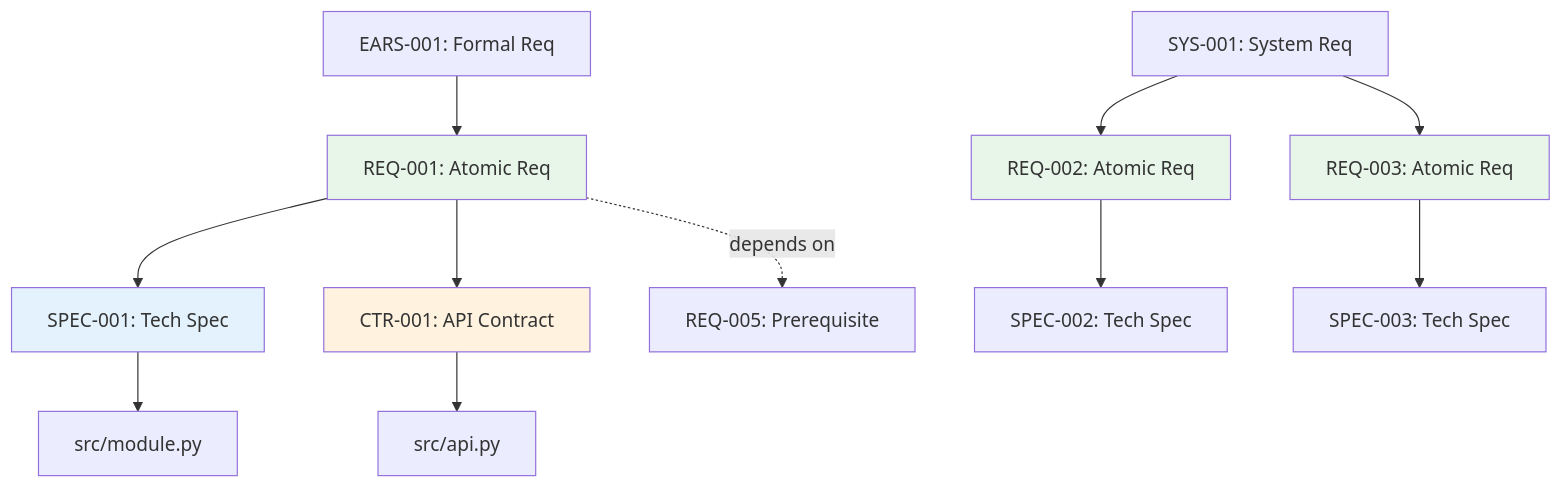
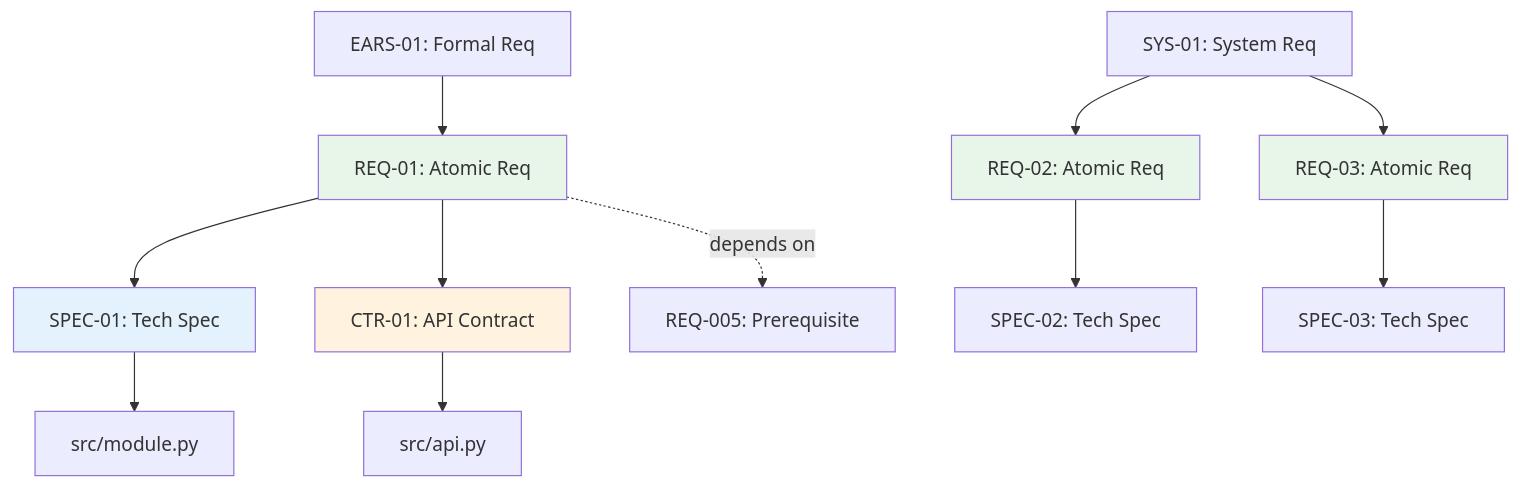
Before and after one commit to vladm3105/aidoc-flow-framework: the diagram in ai_dev_flow/REQ/REQ-000_TRACEABILITY_MATRIX-TEMPLATE.md, drawn with Mermaid. The commit also changed other lines of this file and 215 other files, not shown here.

````diff
--- a/ai_dev_flow/REQ/REQ-000_TRACEABILITY_MATRIX-TEMPLATE.md
+++ b/ai_dev_flow/REQ/REQ-000_TRACEABILITY_MATRIX-TEMPLATE.md
@@ -351,22 +351,22 @@
 ```mermaid
 graph TD
-    EARS001[EARS-001: Formal Req] --> REQ001[REQ-001: Atomic Req]
-    SYS001[SYS-001: System Req] --> REQ002[REQ-002: Atomic Req]
-    SYS001 --> REQ003[REQ-003: Atomic Req]
+    EARS001[EARS-01: Formal Req] --> REQ01[REQ-01: Atomic Req]
+    SYS001[SYS-01: System Req] --> REQ02[REQ-02: Atomic Req]
+    SYS001 --> REQ03[REQ-03: Atomic Req]
 
-    REQ001 --> SPEC001[SPEC-001: Tech Spec]
-    REQ001 --> CTR001[CTR-001: API Contract]
-    REQ002 --> SPEC002[SPEC-002: Tech Spec]
-    REQ003 --> SPEC003[SPEC-003: Tech Spec]
+    REQ01 --> SPEC01[SPEC-01: Tech Spec]
+    REQ01 --> CTR01[CTR-01: API Contract]
+    REQ02 --> SPEC002[SPEC-02: Tech Spec]
+    REQ03 --> SPEC003[SPEC-03: Tech Spec]
 
-    SPEC001 --> Code1[src/module.py]
-    CTR001 --> Code2[src/api.py]
+    SPEC01 --> Code1[src/module.py]
+    CTR01 --> Code2[src/api.py]
 
-    REQ001 -.depends on.-> REQ005[REQ-005: Prerequisite]
+    REQ01 -.depends on.-> REQ005[REQ-005: Prerequisite]
 
-    style REQ001 fill:#e8f5e9
-    style REQ002 fill:#e8f5e9
-    style REQ003 fill:#e8f5e9
-    style SPEC001 fill:#e3f2fd
-    style CTR001 fill:#fff3e0
+    style REQ01 fill:#e8f5e9
+    style REQ02 fill:#e8f5e9
+    style REQ03 fill:#e8f5e9
+    style SPEC01 fill:#e3f2fd
+    style CTR01 fill:#fff3e0
 ```
````
